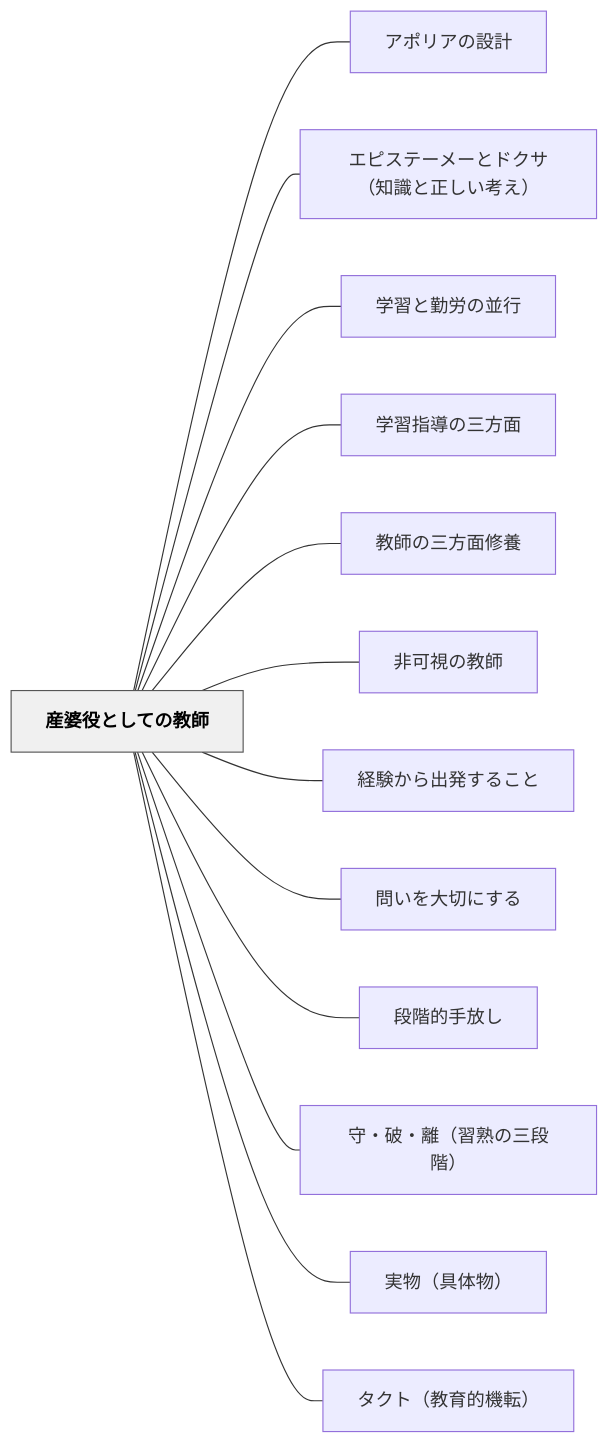
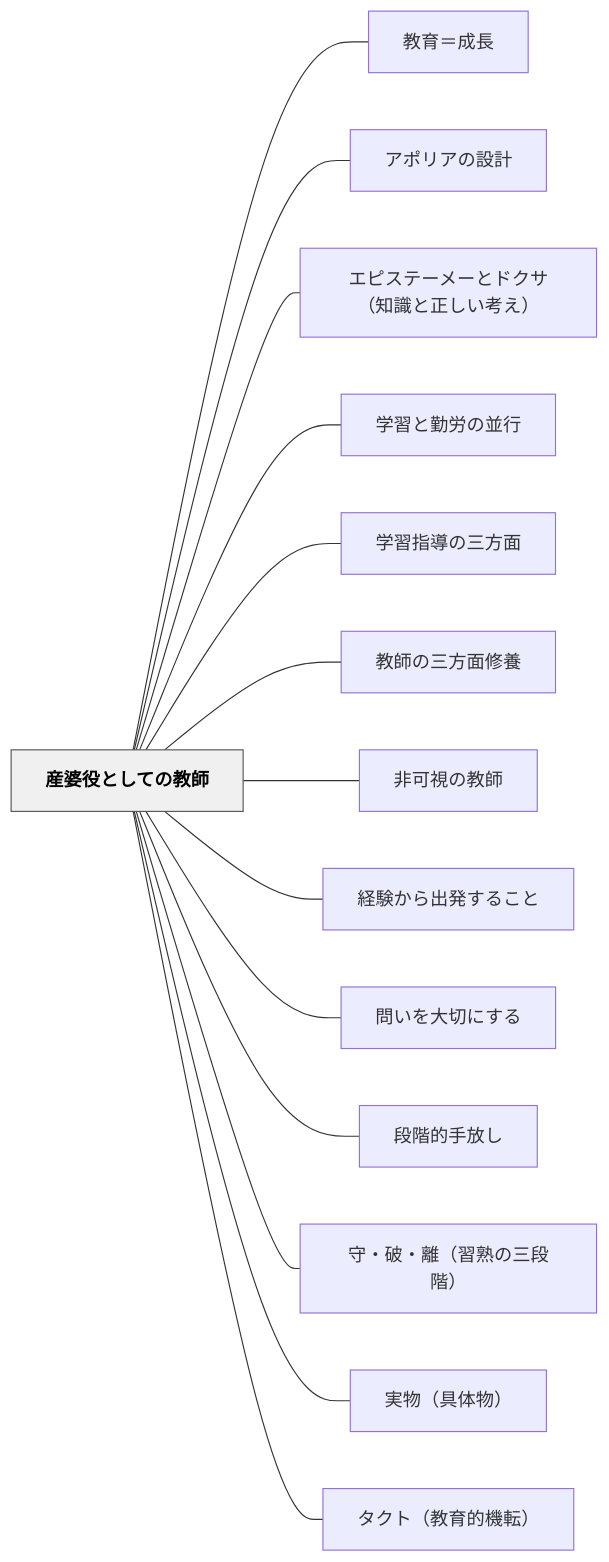
One commit to unknownthings-ed-patterns/unknownthings-ed-patterns changed the diagram in content/パタン/産婆役としての教師.md. Above: the diagram before and after it, drawn with Mermaid. The commit also changed other lines of this file and 15 other files, not shown here.

````diff
--- a/content/パタン/産婆役としての教師.md
+++ b/content/パタン/産婆役としての教師.md
@@ -156,32 +176,34 @@
 ```mermaid
 flowchart LR
     ne794a3e5a986e5bdb9e381a8e38197e381a6e381aee69599e5b8ab["産婆役としての教師"]
+    ne69599e882b2efbc9de68890e995b7["教育＝成長"]
     ne382a2e3839de383aae382a2e381aee8a8ade8a888["アポリアの設計"]
     ne382a8e38394e382b9e38386e383bce383a1e383bce381a8e38389e382afe382b5efbc88e79fa5e8ad98e381a8e6ada3e38197e38184e88083e38188efbc89["エピステーメーとドクサ（知識と正しい考え）"]
     ne5ada6e7bf92e381a8e58ba4e58ab4e381aee4b8a6e8a18c["学習と勤労の並行"]
     ne5ada6e7bf92e68c87e5b08ee381aee4b889e696b9e99da2["学習指導の三方面"]
     ne69599e5b8abe381aee4b889e696b9e99da2e4bfaee9a48a["教師の三方面修養"]
     ne99d9ee58fafe8a696e381aee69599e5b8ab["非可視の教師"]
     ne7b58ce9a893e3818be38289e587bae799bae38199e3828be38193e381a8["経験から出発すること"]
     ne5958fe38184e38292e5a4a7e58887e381abe38199e3828b["問いを大切にする"]
     ne6aeb5e99a8ee79a84e6898be694bee38197["段階的手放し"]
     ne5ae88e383bbe7a0b4e383bbe99ba2efbc88e7bf92e7869fe381aee4b889e6aeb5e99a8eefbc89["守・破・離（習熟の三段階）"]
     ne5ae9fe789a9efbc88e585b7e4bd93e789a9efbc89["実物（具体物）"]
     ne382bfe382afe38388efbc88e69599e882b2e79a84e6a99fe8bba2efbc89["タクト（教育的機転）"]
 
+    ne794a3e5a986e5bdb9e381a8e38197e381a6e381aee69599e5b8ab --- ne69599e882b2efbc9de68890e995b7
     ne794a3e5a986e5bdb9e381a8e38197e381a6e381aee69599e5b8ab --- ne382a2e3839de383aae382a2e381aee8a8ade8a888
     ne794a3e5a986e5bdb9e381a8e38197e381a6e381aee69599e5b8ab --- ne382a8e38394e382b9e38386e383bce383a1e383bce381a8e38389e382afe382b5efbc88e79fa5e8ad98e381a8e6ada3e38197e38184e88083e38188efbc89
     ne794a3e5a986e5bdb9e381a8e38197e381a6e381aee69599e5b8ab --- ne5ada6e7bf92e381a8e58ba4e58ab4e381aee4b8a6e8a18c
     ne794a3e5a986e5bdb9e381a8e38197e381a6e381aee69599e5b8ab --- ne5ada6e7bf92e68c87e5b08ee381aee4b889e696b9e99da2
     ne794a3e5a986e5bdb9e381a8e38197e381a6e381aee69599e5b8ab --- ne69599e5b8abe381aee4b889e696b9e99da2e4bfaee9a48a
     ne794a3e5a986e5bdb9e381a8e38197e381a6e381aee69599e5b8ab --- ne99d9ee58fafe8a696e381aee69599e5b8ab
     ne794a3e5a986e5bdb9e381a8e38197e381a6e381aee69599e5b8ab --- ne7b58ce9a893e3818be38289e587bae799bae38199e3828be38193e381a8
     ne794a3e5a986e5bdb9e381a8e38197e381a6e381aee69599e5b8ab --- ne5958fe38184e38292e5a4a7e58887e381abe38199e3828b
     ne794a3e5a986e5bdb9e381a8e38197e381a6e381aee69599e5b8ab --- ne6aeb5e99a8ee79a84e6898be694bee38197
     ne794a3e5a986e5bdb9e381a8e38197e381a6e381aee69599e5b8ab --- ne5ae88e383bbe7a0b4e383bbe99ba2efbc88e7bf92e7869fe381aee4b889e6aeb5e99a8eefbc89
     ne794a3e5a986e5bdb9e381a8e38197e381a6e381aee69599e5b8ab --- ne5ae9fe789a9efbc88e585b7e4bd93e789a9efbc89
     ne794a3e5a986e5bdb9e381a8e38197e381a6e381aee69599e5b8ab --- ne382bfe382afe38388efbc88e69599e882b2e79a84e6a99fe8bba2efbc89
 
     classDef hub fill:#f0f0f0,stroke:#555,color:#000,font-weight:bold
     class ne794a3e5a986e5bdb9e381a8e38197e381a6e381aee69599e5b8ab hub
 ```
````
